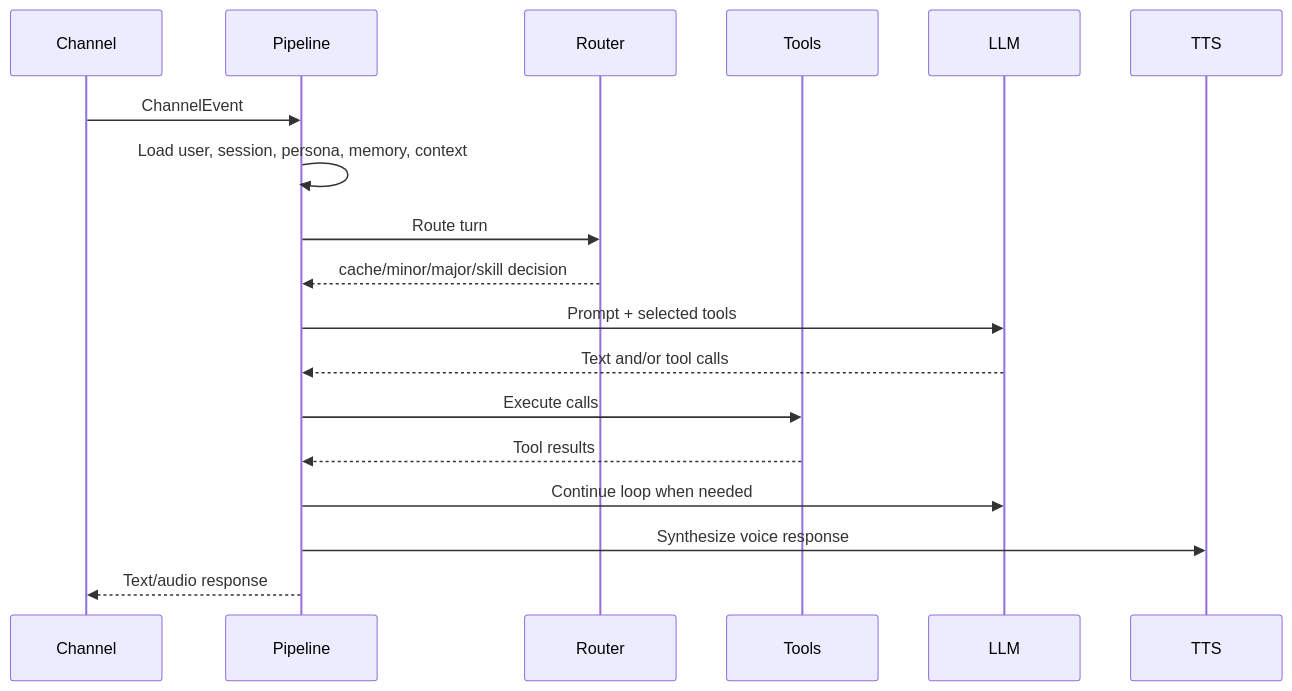
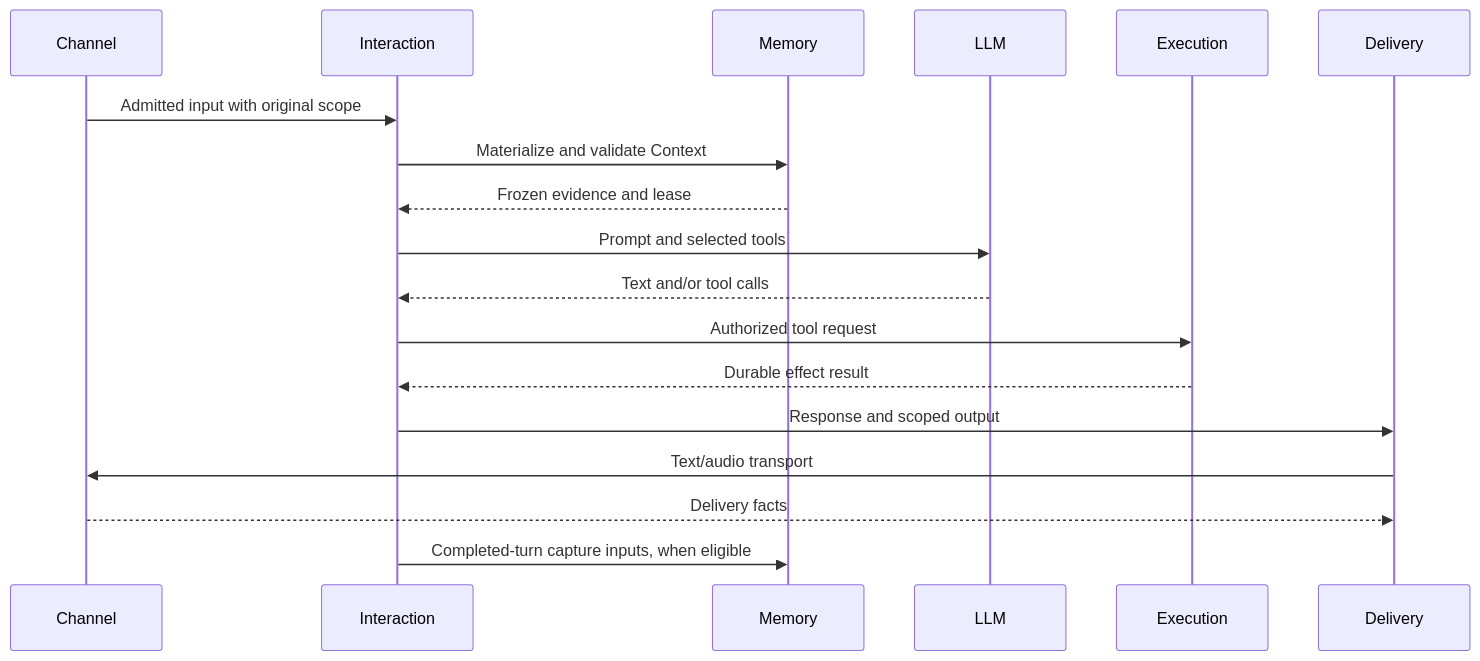
The diagram in packages/alia-server/docs/architecture.md (Ke-Qiao/project-alia), drawn with Mermaid before and after one commit. The commit also changed other lines of this file and 152 other files, not shown here.

Commit message:
refactor: move memory and interaction into owned modules

````diff
--- a/packages/alia-server/docs/architecture.md
+++ b/packages/alia-server/docs/architecture.md
@@ -51,21 +44,21 @@
 ```mermaid
 sequenceDiagram
     participant Channel
-    participant Pipeline
-    participant Router
-    participant Tools
+    participant Interaction
+    participant Memory
     participant LLM
-    participant TTS
+    participant Execution
+    participant Delivery
 
-    Channel->>Pipeline: ChannelEvent
-    Pipeline->>Pipeline: Load user, session, persona, memory, context
-    Pipeline->>Router: Route turn
-    Router-->>Pipeline: cache/minor/major/skill decision
-    Pipeline->>LLM: Prompt + selected tools
-    LLM-->>Pipeline: Text and/or tool calls
-    Pipeline->>Tools: Execute calls
-    Tools-->>Pipeline: Tool results
-    Pipeline->>LLM: Continue loop when needed
-    Pipeline->>TTS: Synthesize voice response
-    Pipeline-->>Channel: Text/audio response
+    Channel->>Interaction: Admitted input with original scope
+    Interaction->>Memory: Materialize and validate Context
+    Memory-->>Interaction: Frozen evidence and lease
+    Interaction->>LLM: Prompt and selected tools
+    LLM-->>Interaction: Text and/or tool calls
+    Interaction->>Execution: Authorized tool request
+    Execution-->>Interaction: Durable effect result
+    Interaction->>Delivery: Response and scoped output
+    Delivery->>Channel: Text/audio transport
+    Channel-->>Delivery: Delivery facts
+    Interaction->>Memory: Completed-turn capture inputs, when eligible
 ```
````
